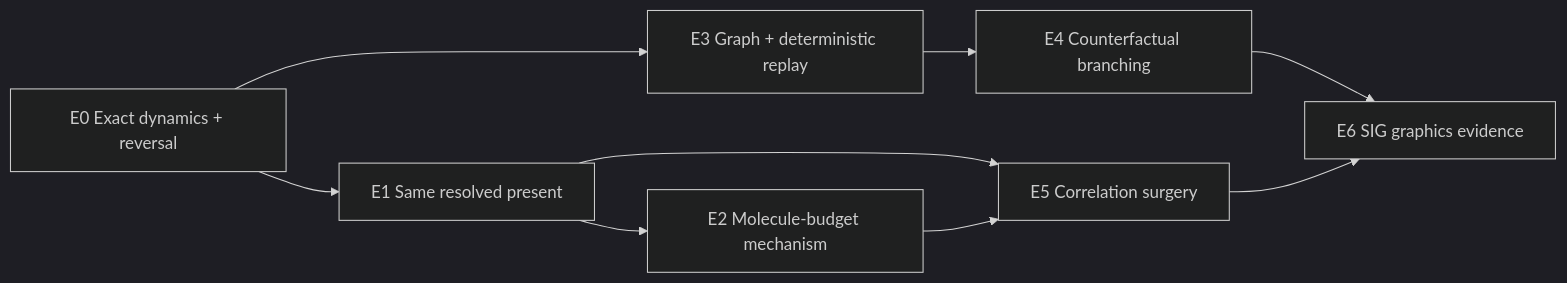
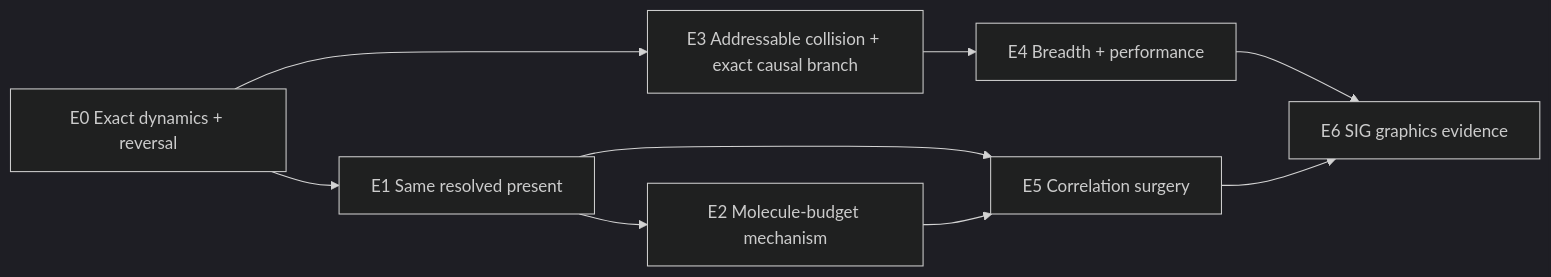
One commit to jandan138/history-aware-molecular-kinetic changed the diagram in docs/benchmarks/echo-branching-suite.md. Above: the diagram before and after it, drawn with Mermaid (dark theme). The commit also changed other lines of this file and 36 other files, not shown here.

````diff
--- a/docs/benchmarks/echo-branching-suite.md
+++ b/docs/benchmarks/echo-branching-suite.md
@@ -7,11 +7,11 @@
 ```mermaid
 flowchart LR
     E0[E0 Exact dynamics + reversal] --> E1[E1 Same resolved present]
     E1 --> E2[E2 Molecule-budget mechanism]
-    E0 --> E3[E3 Graph + deterministic replay]
-    E3 --> E4[E4 Counterfactual branching]
+    E0 --> E3[E3 Addressable collision + exact causal branch]
+    E3 --> E4[E4 Breadth + performance]
     E1 --> E5[E5 Correlation surgery]
     E2 --> E5
     E4 --> E6[E6 SIG graphics evidence]
     E5 --> E6
 ```
````
